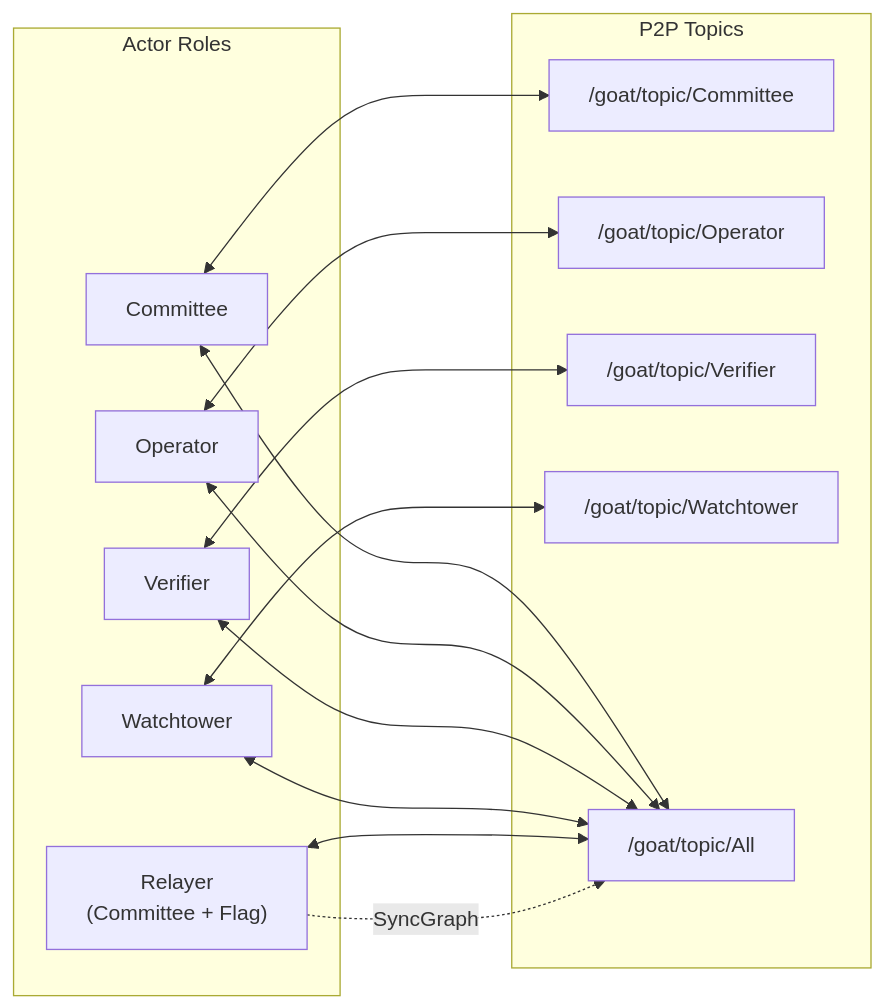
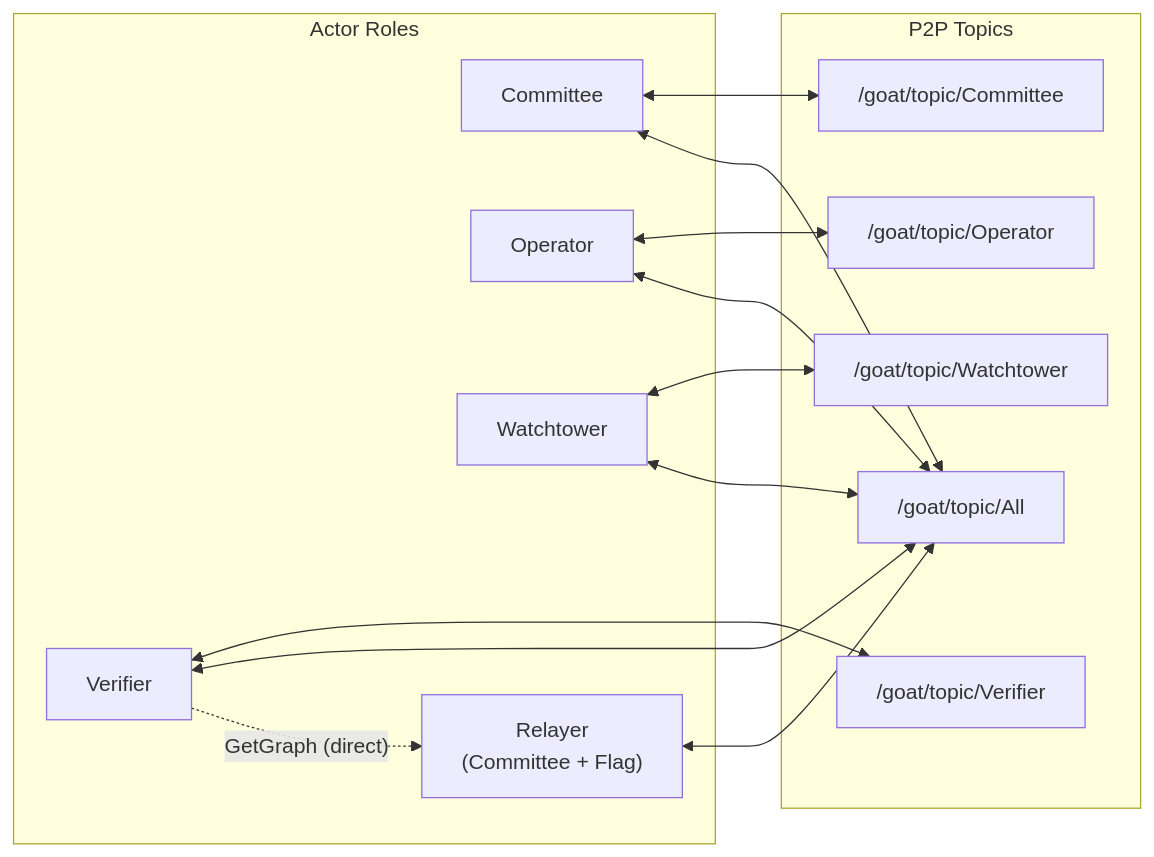
One commit to GOATNetwork/bitvm-node changed the second of 13 diagrams in node/README.md. Above: the diagram before and after it, drawn with Mermaid. The commit also changed other lines of this file and 24 other files, not shown here.

````diff
--- a/node/README.md
+++ b/node/README.md
@@ -106,25 +111,25 @@
 ```mermaid
 flowchart LR
     subgraph Actors["Actor Roles"]
         C["Committee"]
         O["Operator"]
         V["Verifier"]
         W["Watchtower"]
         R["Relayer\n(Committee + Flag)"]
     end
 
     subgraph Network["P2P Topics"]
         TC["/goat/topic/Committee"]
         TO["/goat/topic/Operator"]
         TV["/goat/topic/Verifier"]
         TW["/goat/topic/Watchtower"]
         TA["/goat/topic/All"]
     end
 
     C <--> TC
     O <--> TO
     V <--> TV
     W <--> TW
     C & O & V & W & R <--> TA
-    R -.->|"SyncGraph"| TA
+    V -.->|"GetGraph (direct)"| R
 ```
````
